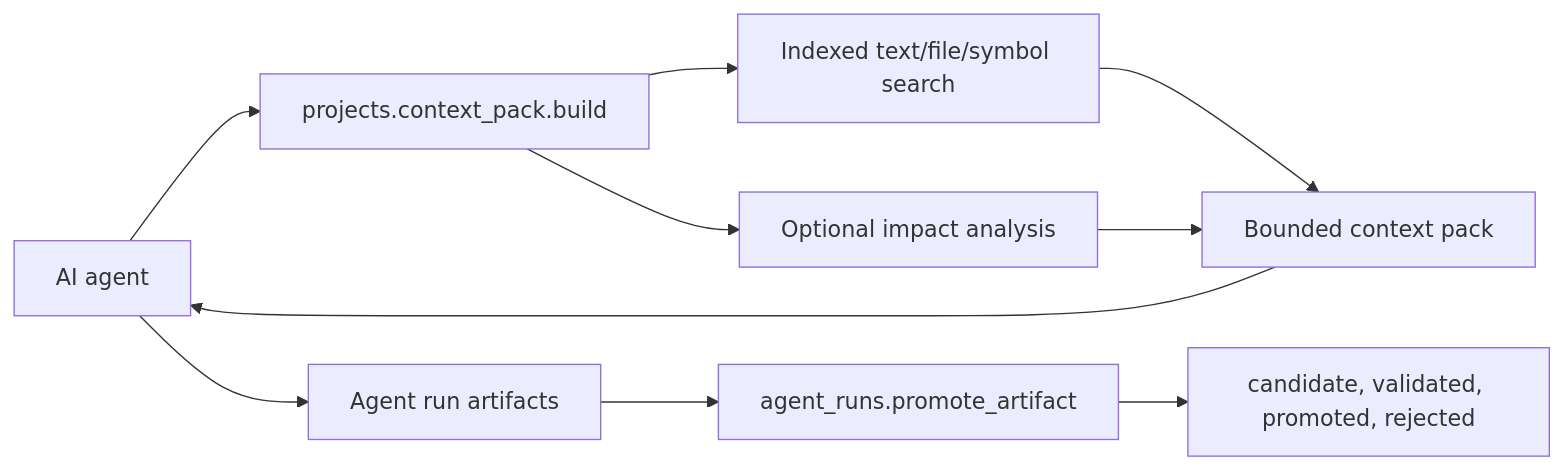
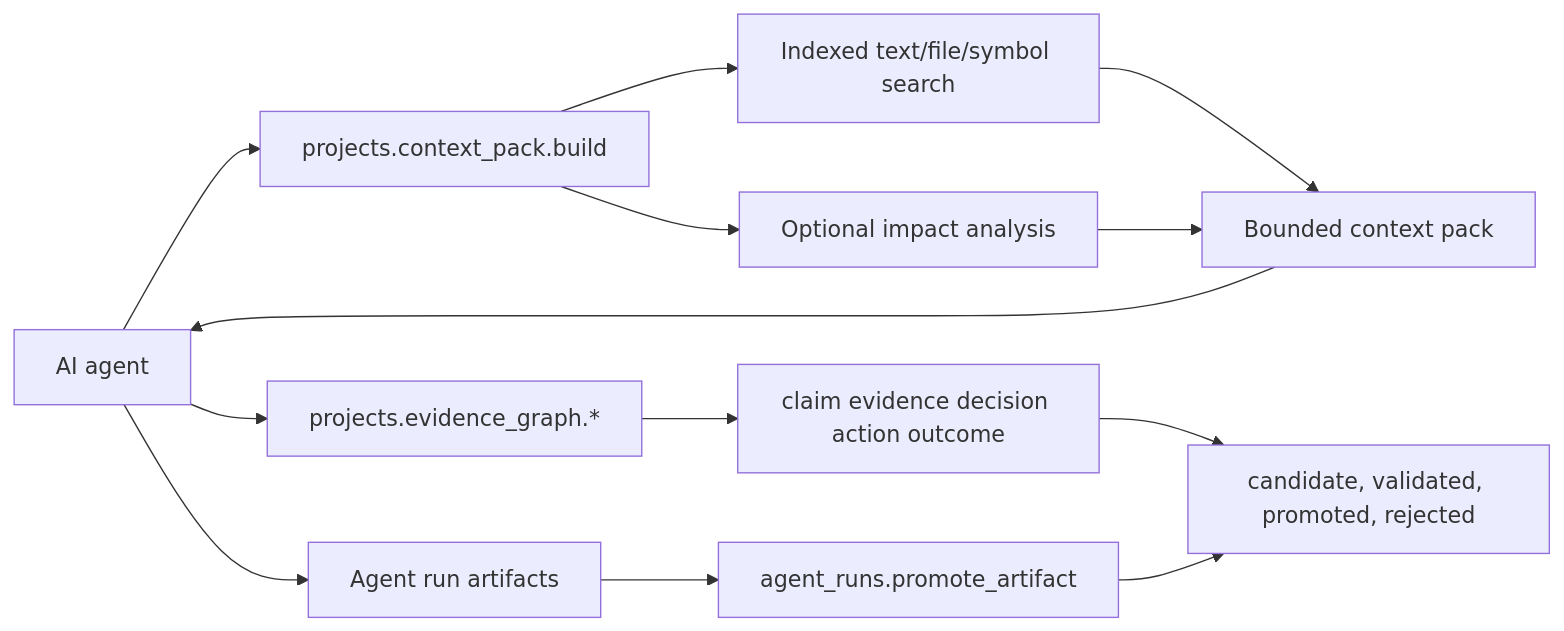
The seventh of 8 diagrams in docs/architecture/system-architecture.md (MiviaLabs/go-mivia), drawn with Mermaid before and after one commit. The commit also changed other lines of this file and 24 other files, not shown here.

Commit message:
feat(evidence-graph): add project evidence graph

````diff
--- a/docs/architecture/system-architecture.md
+++ b/docs/architecture/system-architecture.md
@@ -261,21 +266,26 @@
 ```mermaid
 flowchart LR
   Agent["AI agent"]
   ContextPack["projects.context_pack.build"]
   Search["Indexed text/file/symbol search"]
   Impact["Optional impact analysis"]
   Pack["Bounded context pack"]
   Run["Agent run artifacts"]
   Gate["agent_runs.promote_artifact"]
+  EvidenceGraph["projects.evidence_graph.*"]
+  Claim["claim evidence decision action outcome"]
   Decision["candidate, validated, promoted, rejected"]
 
   Agent --> ContextPack
+  Agent --> EvidenceGraph
+  EvidenceGraph --> Claim
+  Claim --> Decision
   ContextPack --> Search
   ContextPack --> Impact
   Search --> Pack
   Impact --> Pack
   Pack --> Agent
   Agent --> Run
   Run --> Gate
   Gate --> Decision
 ```
````
